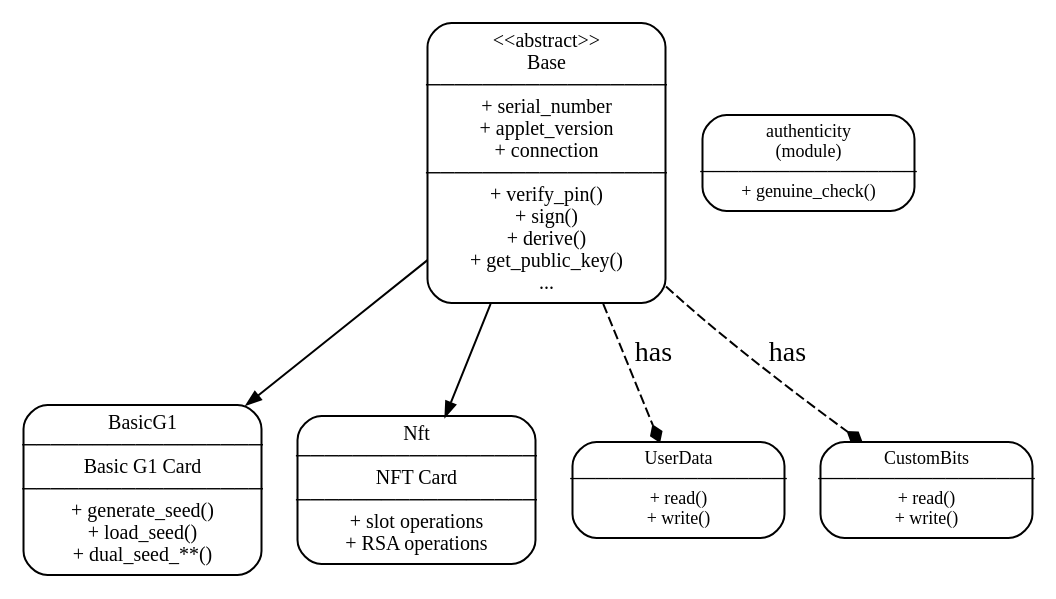
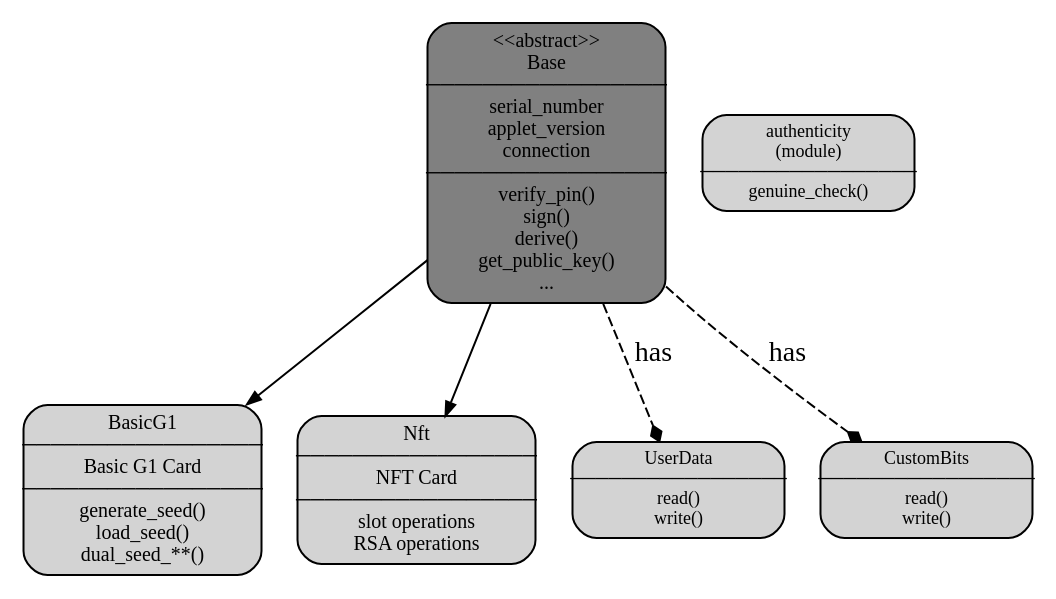
Before and after one commit to Cryptnox-Software/cryptnoxpy: the first of 8 diagrams in docs/class_diagrams.rst, drawn with Graphviz. The commit also changed other lines of this file and 1 other file, not shown here.

Commit message:
Added gray colors to class diagrams

```diff
--- a/docs/class_diagrams.rst
+++ b/docs/class_diagrams.rst
@@ -39,31 +39,31 @@
 .. graphviz::
    :caption: Complete card module class hierarchy
 
    digraph card_module {
       rankdir=TB;
-      node [shape=box, style="rounded", fontsize=10, color=black, fontcolor=black];
+      node [shape=box, style="rounded,filled", fontsize=10, color=black, fontcolor=black, fillcolor=lightgray];
       edge [arrowsize=0.7, color=black];
       
       // Base abstract class
-      Base [label="<<abstract>>\nBase\n─────────────────\n+ serial_number\n+ applet_version\n+ connection\n─────────────────\n+ verify_pin()\n+ sign()\n+ derive()\n+ get_public_key()\n..."];
+      Base [label="<<abstract>>\nBase\n─────────────────\nserial_number\napplet_version\nconnection\n─────────────────\nverify_pin()\nsign()\nderive()\nget_public_key()\n...", fillcolor=gray];
       
       // Concrete card implementations
-      BasicG1 [label="BasicG1\n─────────────────\nBasic G1 Card\n─────────────────\n+ generate_seed()\n+ load_seed()\n+ dual_seed_**()"];
+      BasicG1 [label="BasicG1\n─────────────────\nBasic G1 Card\n─────────────────\ngenerate_seed()\nload_seed()\ndual_seed_**()"];
       
-      Nft [label="Nft\n─────────────────\nNFT Card\n─────────────────\n+ slot operations\n+ RSA operations"];
+      Nft [label="Nft\n─────────────────\nNFT Card\n─────────────────\nslot operations\nRSA operations"];
       
       // Support classes
-      UserData [label="UserData\n─────────────────\n+ read()\n+ write()", fontsize=9];
+      UserData [label="UserData\n─────────────────\nread()\nwrite()", fontsize=9];
       
-      CustomBits [label="CustomBits\n─────────────────\n+ read()\n+ write()", fontsize=9];
+      CustomBits [label="CustomBits\n─────────────────\nread()\nwrite()", fontsize=9];
       
-      Authenticity [label="authenticity\n(module)\n─────────────────\n+ genuine_check()", fontsize=9];
+      Authenticity [label="authenticity\n(module)\n─────────────────\ngenuine_check()", fontsize=9];
       
       // Inheritance
       Base -> BasicG1;
       Base -> Nft;
       
       // Composition relationships
       Base -> UserData [style=dashed, arrowhead=diamond, label="has"];
       Base -> CustomBits [style=dashed, arrowhead=diamond, label="has"];
    }
```
